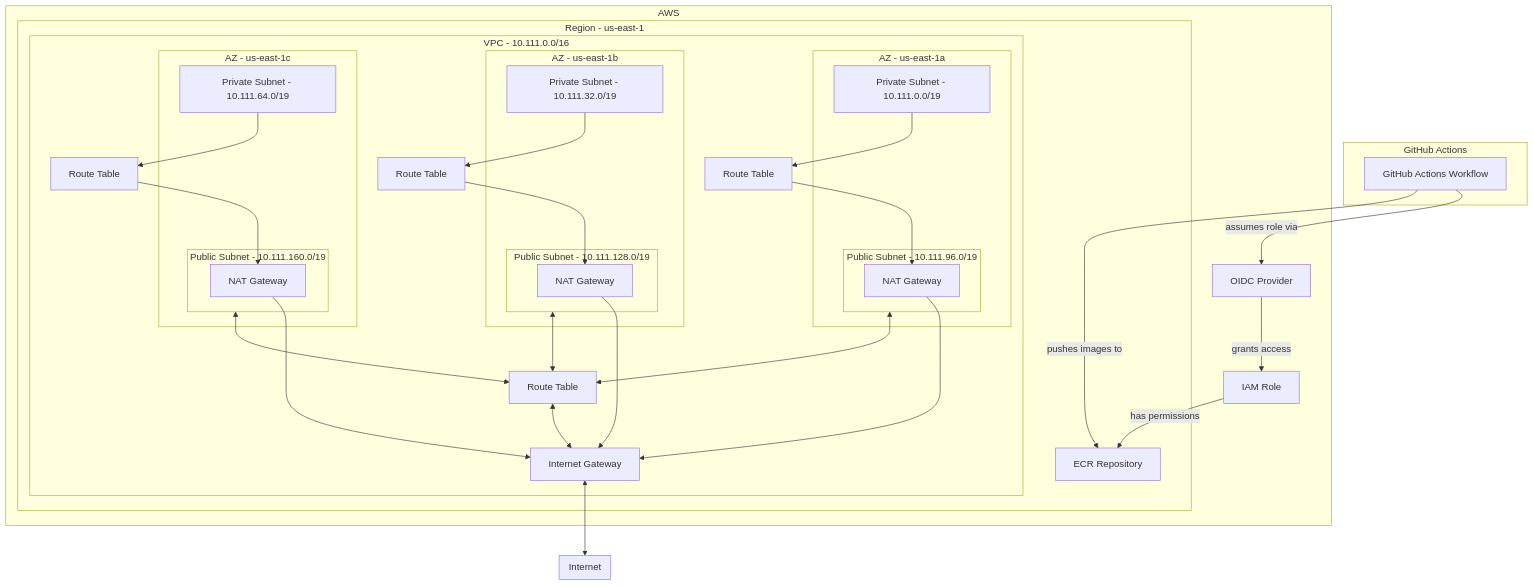
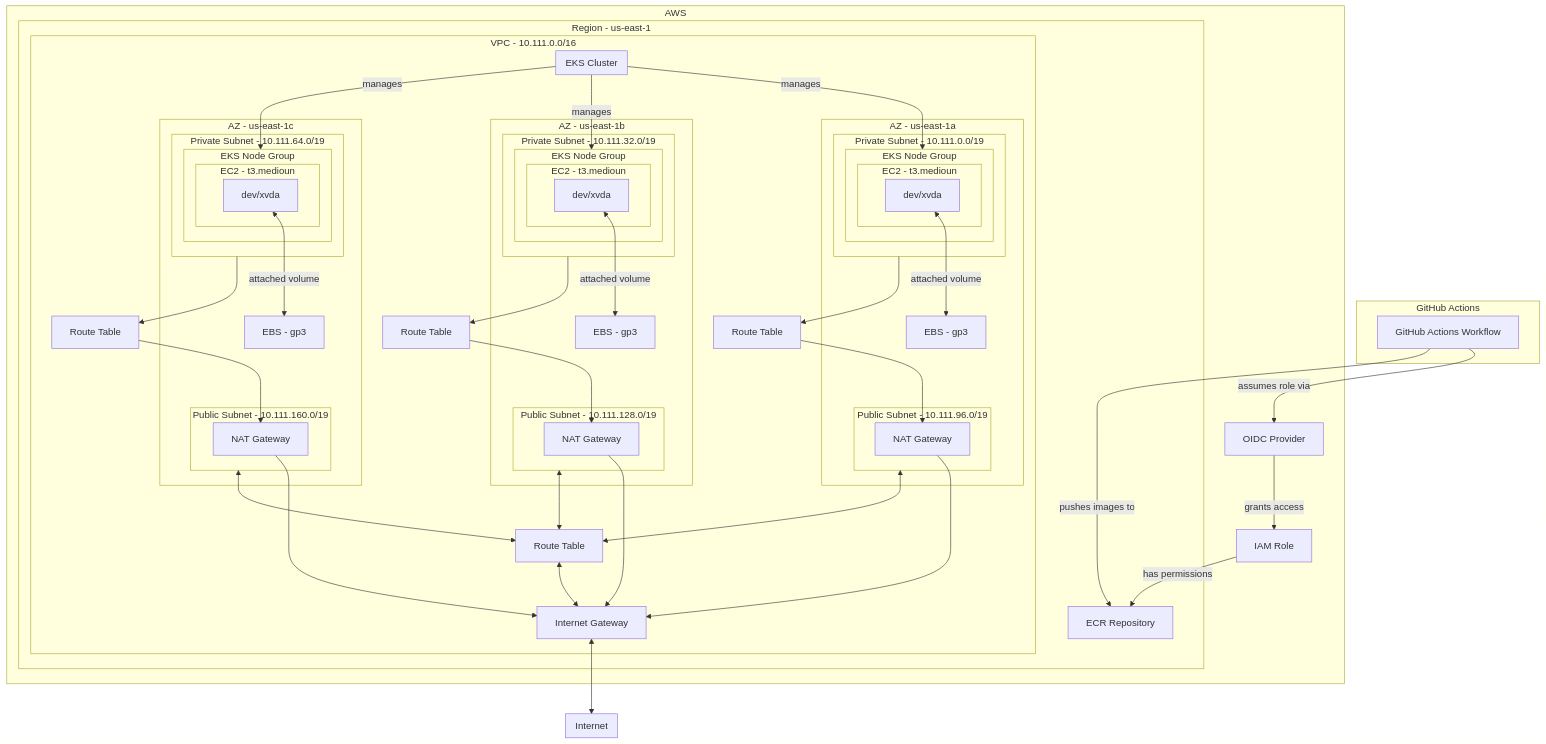
Before and after one commit to franciscoprin/parrot-project: the diagram in README.md, drawn with Mermaid. The commit also changed other lines of this file, not shown here.

Commit message:
Improving readme.

````diff
--- a/README.md
+++ b/README.md
@@ -12,32 +12,57 @@
   subgraph AWS
     subgraph Region - us-east-1
       subgraph VPC[VPC - 10.111.0.0/16]
+        subgraph EKS[EKS Cluster]
+        end
+
+        subgraph AZ - us-east-1a
+          subgraph PUB1[Public Subnet - 10.111.96.0/19]
+            NAT1[NAT Gateway]
+          end
+          subgraph PVT1[Private Subnet - 10.111.0.0/19]
+            subgraph EKS_NODE_GROUP_A[EKS Node Group]
+              subgraph EC2_NODE_GROUP_A[EC2 - t3.medioun]
+                EBS1_ATTACHED_VOLUME[dev/xvda]
+              end
+            end
+          end
+          EBS1[EBS - gp3]
+        end
+
+        subgraph AZ - us-east-1b
+          subgraph PUB2[Public Subnet - 10.111.128.0/19]
+            NAT2[NAT Gateway]
+          end
+          subgraph PVT2[Private Subnet - 10.111.32.0/19]
+            subgraph EKS_NODE_GROUP_B[EKS Node Group]
+              subgraph EC2_NODE_GROUP_B[EC2 - t3.medioun]
+                EBS2_ATTACHED_VOLUME[dev/xvda]
+              end
+            end
+          end
+          EBS2[EBS - gp3]
+        end
+
+        subgraph AZ - us-east-1c
+          subgraph PUB3[Public Subnet - 10.111.160.0/19]
+            NAT3[NAT Gateway]
+          end
+          subgraph PVT3[Private Subnet - 10.111.64.0/19]
+            subgraph EKS_NODE_GROUP_C[EKS Node Group]
+              subgraph EC2_NODE_GROUP_C[EC2 - t3.medioun]
+                EBS3_ATTACHED_VOLUME[dev/xvda]
+              end
+            end
+          end
+          EBS3[EBS - gp3]
+        end
+
         IGW[Internet Gateway]
         RT_PUB1[Route Table]
         RT_PVT1[Route Table]
         RT_PVT2[Route Table]
         RT_PVT3[Route Table]
 
-        subgraph AZ - us-east-1a
-          subgraph PUB1[Public Subnet - 10.111.96.0/19]
-            NAT1[NAT Gateway]
-          end
-          PVT1[Private Subnet - 10.111.0.0/19]
-        end
-
-        subgraph AZ - us-east-1b
-          subgraph PUB2[Public Subnet - 10.111.128.0/19]
-            NAT2[NAT Gateway]
-          end
-          PVT2[Private Subnet - 10.111.32.0/19]
-        end
-
-        subgraph AZ - us-east-1c
-          subgraph PUB3[Public Subnet - 10.111.160.0/19]
-            NAT3[NAT Gateway]
-          end
-          PVT3[Private Subnet - 10.111.64.0/19]
-        end
       end
 
       ECR[ECR Repository]
@@ -46,6 +71,9 @@
     IAM[IAM Role]
   end
 
+  EBS1_ATTACHED_VOLUME <-->|attached volume| EBS1
+  EBS2_ATTACHED_VOLUME <-->|attached volume| EBS2
+  EBS3_ATTACHED_VOLUME <-->|attached volume| EBS3
   GA -->|assumes role via| OIDC
   OIDC -->|grants access| IAM
   IAM -->|has permissions| ECR
@@ -65,4 +93,8 @@
   NAT3 --> IGW
 
   IGW <--> Internet
+
+  EKS -->|manages| EKS_NODE_GROUP_A
+  EKS -->|manages| EKS_NODE_GROUP_B
+  EKS -->|manages| EKS_NODE_GROUP_C
 ```
````
